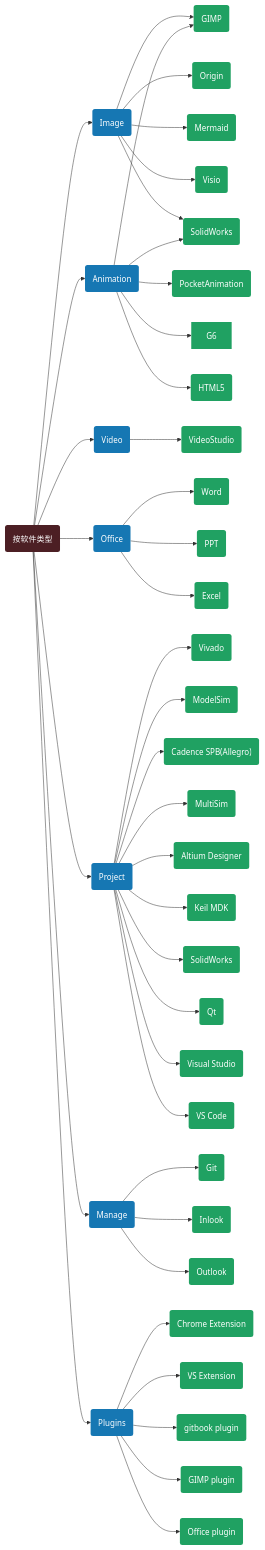
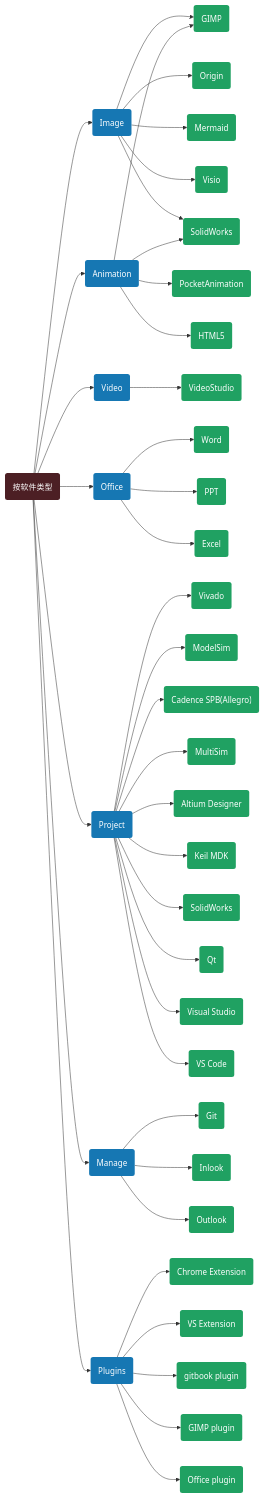
The diagram in mds/nav2.md (charleechan/MyWiki), drawn with Mermaid before and after one commit. The commit also changed 247 other files, not shown here.

````diff
--- a/mds/nav2.md
+++ b/mds/nav2.md
@@ -5,6 +5,6 @@
 ```mermaid
 graph LR;
-classDef default fill:#20A162,stroke:#000000,color:#ffffff,stroke-width:0px;
+classDef CSS3 fill:#20A162,stroke:#000000,color:#ffffff,stroke-width:0px;
 classDef CSS2 fill:#4C1F24,stroke:#000000,color:#ffffff,stroke-width:0px;
 classDef CSS1 fill:#1677B3,stroke:#000000,color:#ffffff,stroke-width:0px;
 ROOT(按软件类型)
@@ -53,7 +53,7 @@
 F3--> G7      
 F3--> G2   
 F3--> G10  
-F3--> G6   
+  
 F3--> G11  
 F5--> G13  
 F5--> G14  
@@ -83,39 +83,39 @@
 ROOT --> F6
 ROOT --> F7
 ROOT --> F8
-click G1 "http://charleechan.github.io/MyWiki" "My Wiki";
-click G2 "http://charleechan.github.io/MyWiki" "My Wiki";
-click G3 "http://charleechan.github.io/MyWiki" "My Wiki";
-click G4 "http://charleechan.github.io/MyWiki" "My Wiki";
-click G5 "http://charleechan.github.io/MyWiki" "My Wiki";
-click G6 "http://charleechan.github.io/MyWiki" "My Wiki";
-click G7 "http://charleechan.github.io/MyWiki" "My Wiki";
-click G8 "http://charleechan.github.io/MyWiki" "My Wiki";
-click G9 "http://charleechan.github.io/MyWiki" "My Wiki";
-click G10 "http://charleechan.github.io/MyWiki" "My Wiki";
-click G11 "http://charleechan.github.io/MyWiki" "My Wiki";
-click G12 "http://charleechan.github.io/MyWiki" "My Wiki";
-click G13 "http://charleechan.github.io/MyWiki" "My Wiki";
-click G14 "http://charleechan.github.io/MyWiki" "My Wiki";
-click G15 "http://charleechan.github.io/MyWiki" "My Wiki";
-click G16 "http://charleechan.github.io/MyWiki" "My Wiki";
-click G17 "http://charleechan.github.io/MyWiki" "My Wiki";
-click G18 "http://charleechan.github.io/MyWiki" "My Wiki";
-click G19 "http://charleechan.github.io/MyWiki" "My Wiki";
-click G20 "http://charleechan.github.io/MyWiki" "My Wiki";
-click G21 "http://charleechan.github.io/MyWiki" "My Wiki";
-click G22 "http://charleechan.github.io/MyWiki" "My Wiki";
-click G23 "http://charleechan.github.io/MyWiki" "My Wiki";
-click G24 "http://charleechan.github.io/MyWiki" "My Wiki";
-click G25 "http://charleechan.github.io/MyWiki" "My Wiki"; 
-click G26 "http://charleechan.github.io/MyWiki" "My Wiki"; 
-click G27 "http://charleechan.github.io/MyWiki" "My Wiki"; 
-click G28 "http://charleechan.github.io/MyWiki" "My Wiki"; 
-click G29 "http://charleechan.github.io/MyWiki" "My Wiki"; 
-click G30 "http://charleechan.github.io/MyWiki" "My Wiki"; 
-click G31 "http://charleechan.github.io/MyWiki" "My Wiki"; 
-click G32 "http://charleechan.github.io/MyWiki" "My Wiki"; 
-click G33 "http://charleechan.github.io/MyWiki" "My Wiki";
+click G2 "http://charleechan.github.io/MyWiki/SoftTuto/Image/GIMP/" "点我打开";
+click G3 "http://charleechan.github.io/MyWiki/SoftTuto/Image/Origin/" "点我打开";
+click G4 "http://charleechan.github.io/MyWiki/SoftTuto/Image/Mermaid/" "点我打开";
+click G5 "http://charleechan.github.io/MyWiki/SoftTuto/Image/Visio/" "点我打开";
+click G7 "http://charleechan.github.io/MyWiki/SoftTuto/Animation/PocketAnimation/" "点我打开";
+click G10 "http://charleechan.github.io/MyWiki/SoftTuto/Animation/SolidWorks/" "点我打开";
+click G11 "http://charleechan.github.io/MyWiki/SoftTuto/Animation/HTML5/" "点我打开";
+click G12 "http://charleechan.github.io/MyWiki/SoftTuto/Video/VideoStudio/" "点我打开";
+click G13 "http://charleechan.github.io/MyWiki/SoftTuto/Office/Word/" "点我打开";
+click G14 "http://charleechan.github.io/MyWiki/SoftTuto/Office/PPT/" "点我打开";
+click G15 "http://charleechan.github.io/MyWiki/SoftTuto/Office/Excel/" "点我打开";
+click G16 "http://charleechan.github.io/MyWiki/SoftTuto/Project/Vivado/" "点我打开";
+click G17 "http://charleechan.github.io/MyWiki/SoftTuto/Project/ModelSim/" "点我打开";
+click G18 "http://charleechan.github.io/MyWiki/SoftTuto/Project/CadenceSPB/" "点我打开";
+click G19 "http://charleechan.github.io/MyWiki/SoftTuto/Project/MultiSim/" "点我打开";
+click G20 "http://charleechan.github.io/MyWiki/SoftTuto/Project/AltiumDesigner/" "点我打开";
+click G21 "http://charleechan.github.io/MyWiki/SoftTuto/Project/KeilMDK/" "点我打开";
+click G22 "http://charleechan.github.io/MyWiki/SoftTuto/Project/SolidWorks/" "点我打开";
+click G23 "http://charleechan.github.io/MyWiki/SoftTuto/Project/Qt/" "点我打开";
+click G24 "http://charleechan.github.io/MyWiki/SoftTuto/Project/VisualStudio/" "点我打开";
+click G25 "http://charleechan.github.io/MyWiki/SoftTuto/Project/VSCode/" "点我打开"; 
+click G26 "http://charleechan.github.io/MyWiki/SoftTuto/Manage/Git/" "点我打开"; 
+click G27 "http://charleechan.github.io/MyWiki/SoftTuto/Manage/Inlook/" "点我打开"; 
+click G28 "http://charleechan.github.io/MyWiki/SoftTuto/Manage/Outlook/" "点我打开"; 
+click G29 "http://charleechan.github.io/MyWiki/SoftTuto/Plugins/ChromeExt/" "点我打开"; 
+click G30 "http://charleechan.github.io/MyWiki/SoftTuto/Plugins/VSCodeExt/" "点我打开"; 
+click G31 "http://charleechan.github.io/MyWiki/SoftTuto/Plugins/GitbookPlu/" "点我打开"; 
+click G32 "http://charleechan.github.io/MyWiki/SoftTuto/Plugins/GIMPPlu/" "点我打开"; 
+click G33 "http://charleechan.github.io/MyWiki/SoftTuto/Plugins/OfficePlu/" "点我打开";
+
+class G2,G3,G4,G5,G7,G8,G9,G10,G11,G12 CSS3
+class G13,G14,G15,G16,G17,G18,G19,G20,G21,G22,G23,G24 CSS3
+class G25,G26,G27,G28,G29,G30,G31,G32,G33 CSS3
 class F2,F3,F4,F5,F6,F7,F8 CSS1
 class ROOT CSS2
 ```
````
